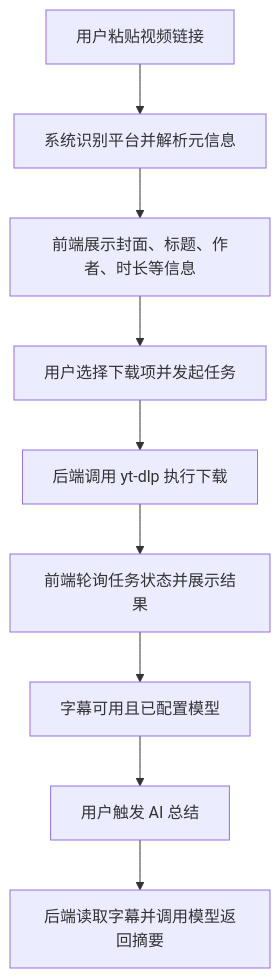
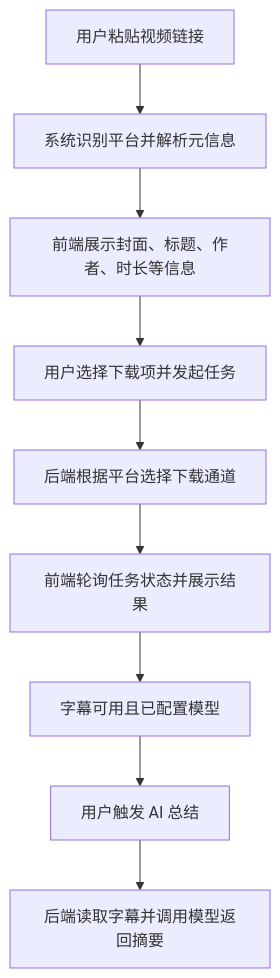
The diagram in .trae/documents/video-downloader-prd.md (250shiwo/video-Downloader), drawn with Mermaid before and after one commit. The commit also changed other lines of this file and 10 other files, not shown here.

````diff
--- a/.trae/documents/video-downloader-prd.md
+++ b/.trae/documents/video-downloader-prd.md
@@ -33,11 +39,11 @@
 ```mermaid
 flowchart TD
     A["用户粘贴视频链接"] --> B["系统识别平台并解析元信息"]
     B --> C["前端展示封面、标题、作者、时长等信息"]
     C --> D["用户选择下载项并发起任务"]
-    D --> E["后端调用 yt-dlp 执行下载"]
+    D --> E["后端根据平台选择下载通道"]
     E --> F["前端轮询任务状态并展示结果"]
     F --> G["字幕可用且已配置模型"]
     G --> H["用户触发 AI 总结"]
     H --> I["后端读取字幕并调用模型返回摘要"]
 ```
````
